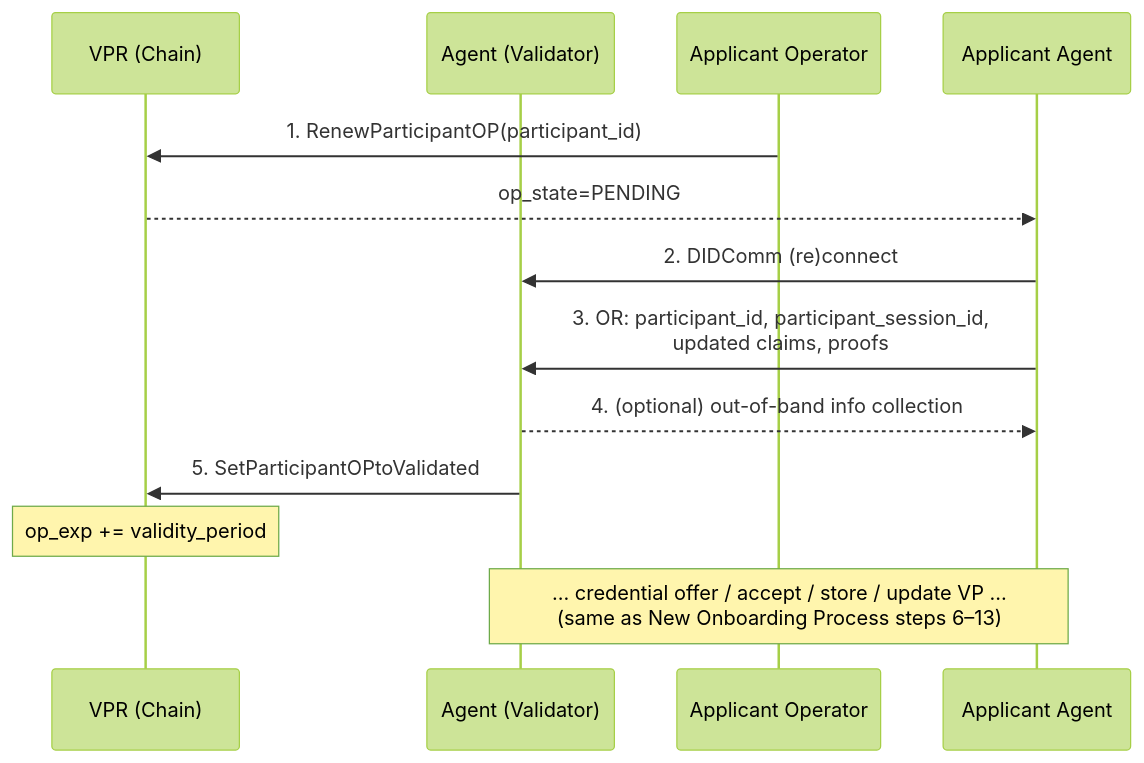
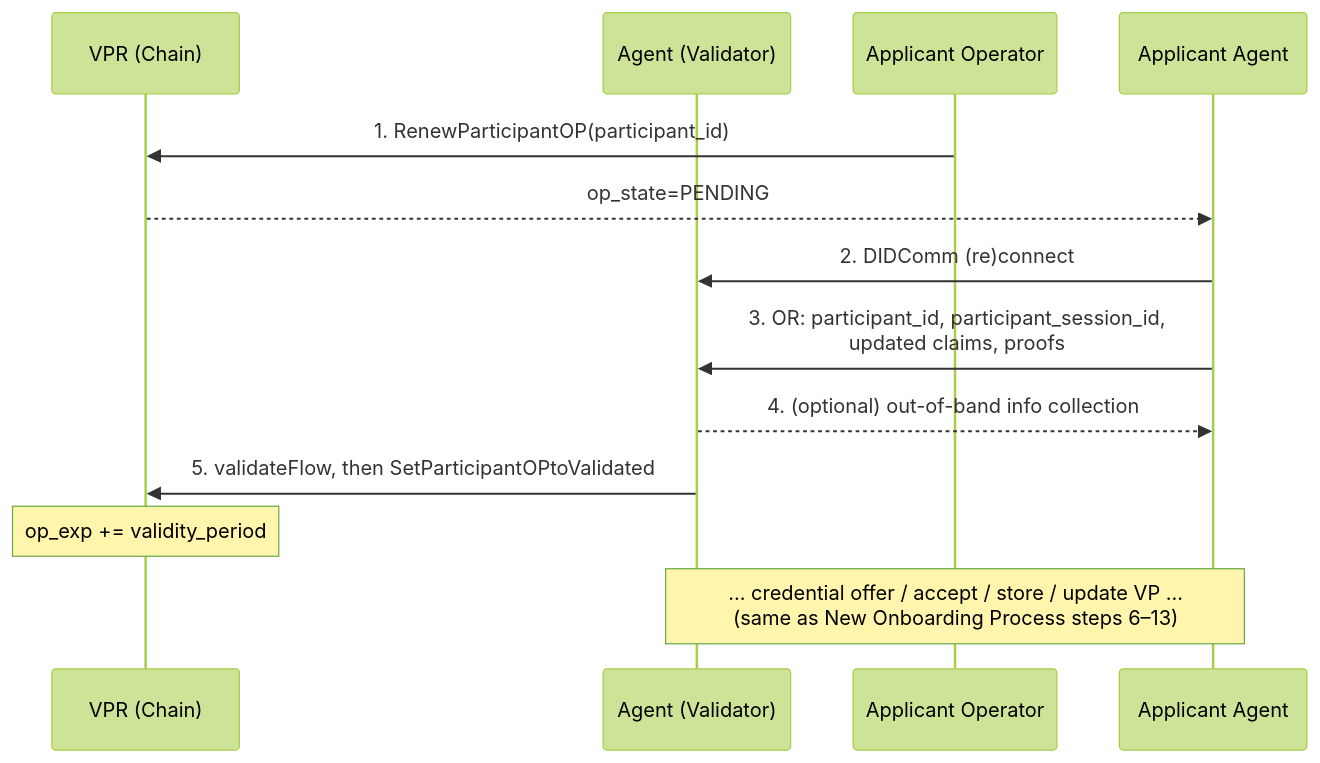
One commit to verana-labs/verana-spec changed the fifth of 9 diagrams in v4/vs-agent/spec.md. Above: the diagram before and after it, drawn with Mermaid (forest theme). The commit also changed other lines of this file, not shown here.

First line of the commit message:
feat(vs-agent): validateFlow submits SetParticipantOPtoValidated under a VSOA or hands it to an operator; rejectFlow; validation states

````diff
--- a/v4/vs-agent/spec.md
+++ b/v4/vs-agent/spec.md
@@ -701,15 +702,15 @@
 ```mermaid
 sequenceDiagram
     participant VPR as VPR (Chain)
     participant Validator as Agent (Validator)
 
     Applicant Operator->>VPR: 1. RenewParticipantOP(participant_id)
     VPR-->>Applicant Agent: op_state=PENDING
     Applicant Agent->>Validator: 2. DIDComm (re)connect
     Applicant Agent->>Validator: 3. OR: participant_id, participant_session_id,<br/>updated claims, proofs
     Validator-->>Applicant Agent: 4. (optional) out-of-band info collection
-    Validator->>VPR: 5. SetParticipantOPtoValidated
+    Validator->>VPR: 5. validateFlow, then SetParticipantOPtoValidated
     Note over VPR: op_exp += validity_period
 
     Note over Applicant Agent,Validator: ... credential offer / accept / store / update VP ...<br/>(same as New Onboarding Process steps 6–13)
 ```
````
